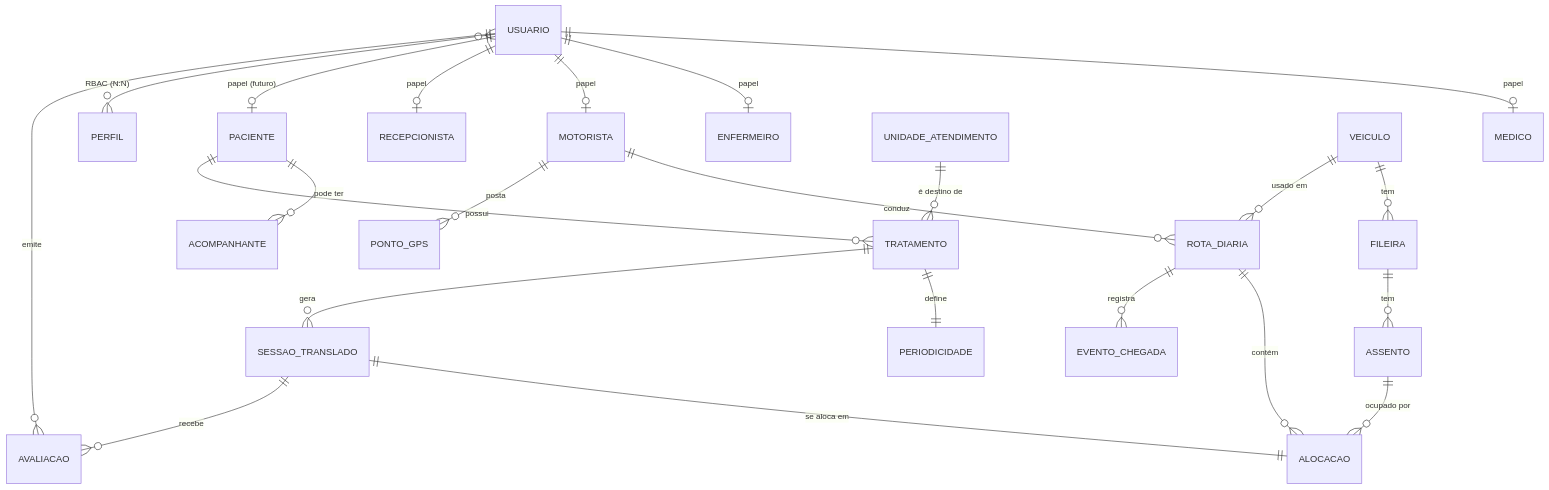
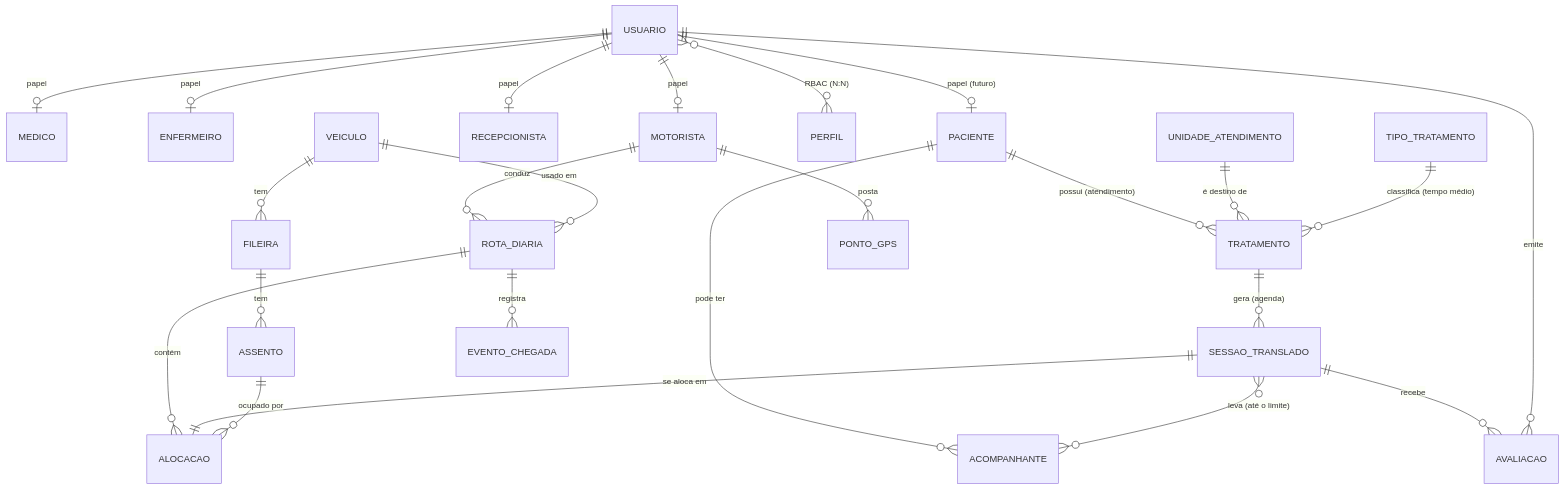
Before and after one commit to AutomaisIO/SMSMarica: the first of 2 diagrams in docs/domain.md, drawn with Mermaid. The commit also changed other lines of this file and 102 other files, not shown here.

First line of the commit message:
feat(transporte): Atendimentos com agenda por dias da semana, condição do paciente e acompanhantes

````diff
--- a/docs/domain.md
+++ b/docs/domain.md
@@ -32,29 +33,30 @@
 ```mermaid
 erDiagram
   USUARIO ||--o| MEDICO        : "papel"
   USUARIO ||--o| ENFERMEIRO    : "papel"
   USUARIO ||--o| MOTORISTA     : "papel"
   USUARIO ||--o| RECEPCIONISTA : "papel"
   USUARIO ||--o| PACIENTE      : "papel (futuro)"
   USUARIO }o--o{ PERFIL        : "RBAC (N:N)"
 
   PACIENTE ||--o{ ACOMPANHANTE : "pode ter"
-  PACIENTE ||--o{ TRATAMENTO : "possui"
+  PACIENTE ||--o{ TRATAMENTO : "possui (atendimento)"
   UNIDADE_ATENDIMENTO ||--o{ TRATAMENTO : "é destino de"
-  TRATAMENTO ||--|| PERIODICIDADE : "define"
-  TRATAMENTO ||--o{ SESSAO_TRANSLADO : "gera"
+  TIPO_TRATAMENTO ||--o{ TRATAMENTO : "classifica (tempo médio)"
+  TRATAMENTO ||--o{ SESSAO_TRANSLADO : "gera (agenda)"
+  SESSAO_TRANSLADO }o--o{ ACOMPANHANTE : "leva (até o limite)"
 
   VEICULO ||--o{ FILEIRA : "tem"
   FILEIRA ||--o{ ASSENTO : "tem"
 
   MOTORISTA ||--o{ ROTA_DIARIA : "conduz"
   VEICULO   ||--o{ ROTA_DIARIA : "usado em"
   ROTA_DIARIA ||--o{ ALOCACAO : "contém"
   SESSAO_TRANSLADO ||--|| ALOCACAO : "se aloca em"
   ASSENTO ||--o{ ALOCACAO : "ocupado por"
 
   MOTORISTA ||--o{ PONTO_GPS : "posta"
   ROTA_DIARIA ||--o{ EVENTO_CHEGADA : "registra"
   SESSAO_TRANSLADO ||--o{ AVALIACAO : "recebe"
   USUARIO ||--o{ AVALIACAO : "emite"
 ```
````
